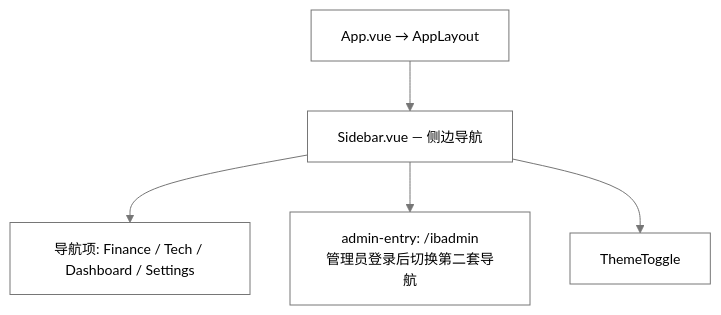
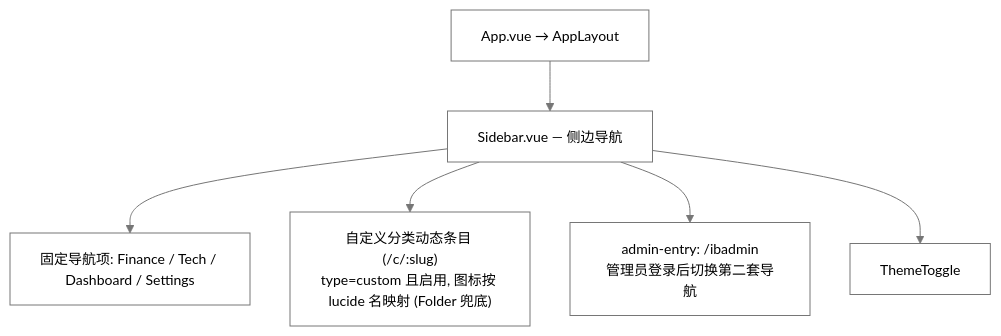
Before and after one commit to onceme/instantboard: the first of 3 diagrams in docs/dev-guide/design/frontend.md, drawn with Mermaid. The commit also changed other lines of this file and 16 other files, not shown here.

````diff
--- a/docs/dev-guide/design/frontend.md
+++ b/docs/dev-guide/design/frontend.md
@@ -94,9 +95,10 @@
 ```mermaid
 %%{init: {"theme": "base", "themeVariables": {"primaryColor": "#ffffff", "primaryTextColor": "#000000", "primaryBorderColor": "#767676", "lineColor": "#767676", "arrowheadColor": "#767676", "secondaryColor": "#ffffff", "secondaryTextColor": "#000000", "secondaryBorderColor": "#767676", "tertiaryColor": "#ffffff", "tertiaryTextColor": "#000000", "tertiaryBorderColor": "#767676", "edgeLabelBackground": "#ffffff", "textColor": "#000000", "nodeTextColor": "#000000", "mainBkg": "#ffffff", "nodeBorder": "#767676", "clusterBkg": "#ffffff", "clusterBdr": "#767676", "clusterTextColor": "#000000", "titleColor": "#000000", "fontSize": "14px"}, "flowchart": {"nodeSpacing": 40, "rankSpacing": 50, "wrappingWidth": 180, "useMaxWidth": true}}}%%
 graph TD
   AppVue["App.vue → AppLayout"]
   AppVue --> SideVue["Sidebar.vue — 侧边导航"]
-  SideVue --> NavItems["导航项: Finance / Tech / Dashboard / Settings"]
+  SideVue --> NavItems["固定导航项: Finance / Tech / Dashboard / Settings"]
+  SideVue --> CustomNav["自定义分类动态条目 (/c/:slug)<br/>type=custom 且启用, 图标按 lucide 名映射 (Folder 兜底)"]
   SideVue --> AdminNav["admin-entry: /ibadmin<br/>管理员登录后切换第二套导航"]
   SideVue --> ThemeSide["ThemeToggle"]
 ```
````
